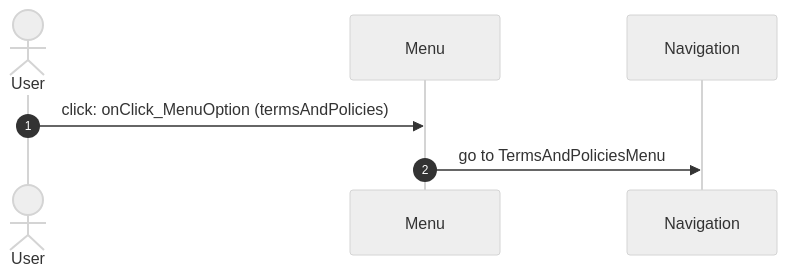
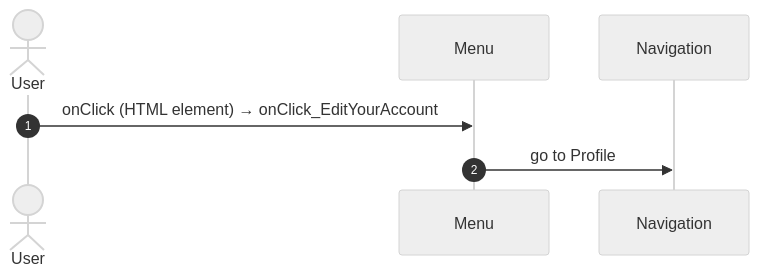
Before and after one commit to Phoenix-DX/connect-new-ui: the seventh of 37 diagrams in migration/route-actions/Menu.md, drawn with Mermaid (neutral theme). The commit also changed other lines of this file and 9 other files, not shown here.

Commit message:
route actions: facts only; user actions as two independent lists (OutSystems view bindings, React JSX bindings) with Mermaid sequences; factual call columns (direct caller, chains, React references); app shell by definition (survey shell, main.tsx code); constants read for React paths

````diff
--- a/migration/route-actions/Menu.md
+++ b/migration/route-actions/Menu.md
@@ -227,9 +186,9 @@
 ```mermaid
 sequenceDiagram
   autonumber
   actor U as User
   participant B as Menu
   participant N as Navigation
-  U->>B: click: onClick_MenuOption (termsAndPolicies)
-  B->>N: go to TermsAndPoliciesMenu
+  U->>B: onClick (HTML element) → onClick_EditYourAccount
+  B->>N: go to Profile
 ```
````
